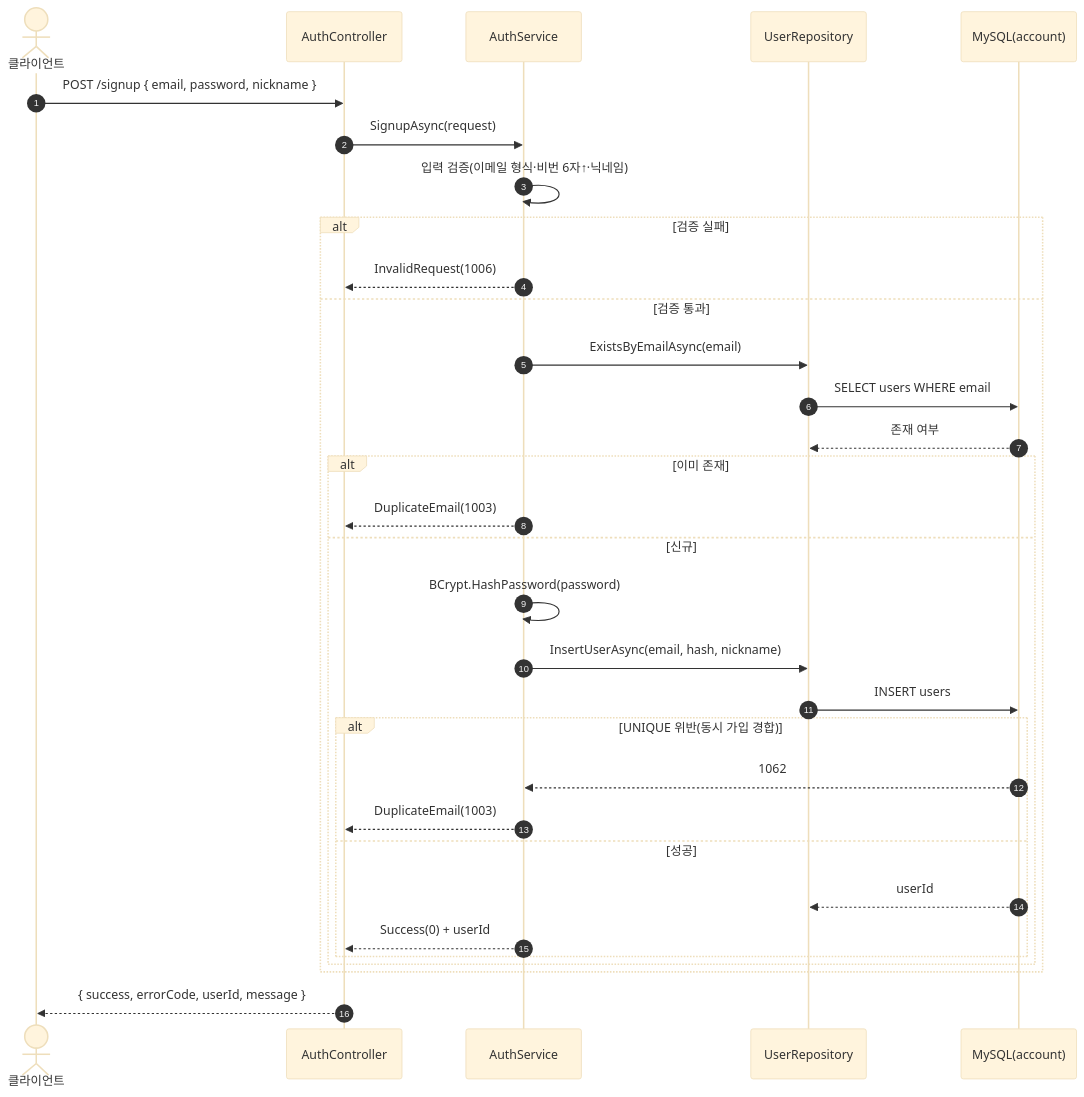
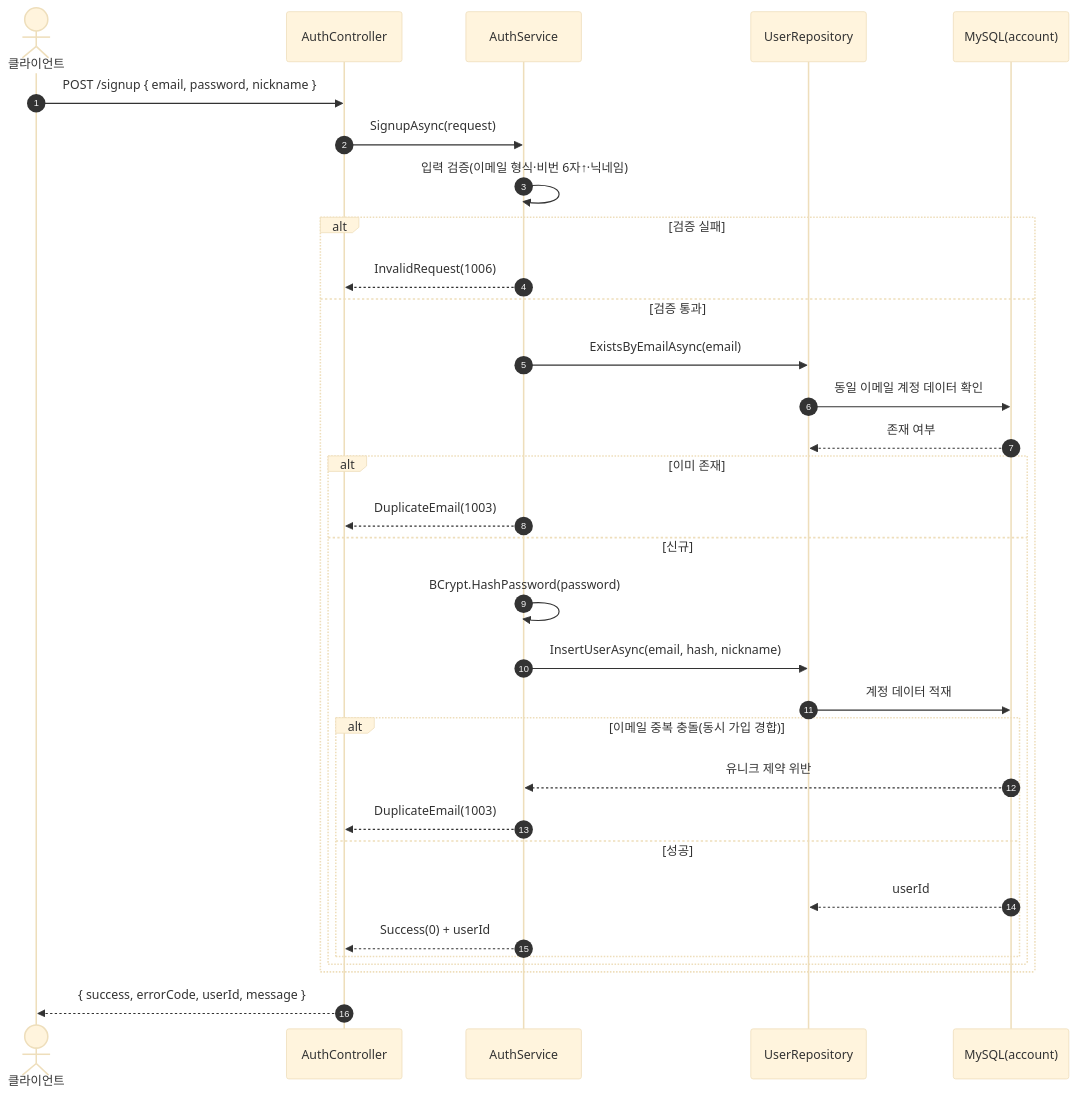
The first of 3 diagrams in SequenceDiagram/AuthController.md (ks-wook/com2us-taskbar-hero), drawn with Mermaid (base theme) before and after one commit. The commit also changed other lines of this file and 7 other files, not shown here.

Commit message:
시퀀스 다이어그램 수정

````diff
--- a/SequenceDiagram/AuthController.md
+++ b/SequenceDiagram/AuthController.md
@@ -7,35 +7,35 @@
 ```mermaid
 sequenceDiagram
     autonumber
     actor C as 클라이언트
     participant Ctrl as AuthController
     participant Svc as AuthService
     participant Repo as UserRepository
     participant DB as MySQL(account)
 
     C->>Ctrl: POST /signup { email, password, nickname }
     Ctrl->>Svc: SignupAsync(request)
     Svc->>Svc: 입력 검증(이메일 형식·비번 6자↑·닉네임)
     alt 검증 실패
         Svc-->>Ctrl: InvalidRequest(1006)
     else 검증 통과
         Svc->>Repo: ExistsByEmailAsync(email)
-        Repo->>DB: SELECT users WHERE email
+        Repo->>DB: 동일 이메일 계정 데이터 확인
         DB-->>Repo: 존재 여부
         alt 이미 존재
             Svc-->>Ctrl: DuplicateEmail(1003)
         else 신규
             Svc->>Svc: BCrypt.HashPassword(password)
             Svc->>Repo: InsertUserAsync(email, hash, nickname)
-            Repo->>DB: INSERT users
-            alt UNIQUE 위반(동시 가입 경합)
-                DB-->>Svc: 1062
+            Repo->>DB: 계정 데이터 적재
+            alt 이메일 중복 충돌(동시 가입 경합)
+                DB-->>Svc: 유니크 제약 위반
                 Svc-->>Ctrl: DuplicateEmail(1003)
             else 성공
                 DB-->>Repo: userId
                 Svc-->>Ctrl: Success(0) + userId
             end
         end
     end
     Ctrl-->>C: { success, errorCode, userId, message }
 ```
````
